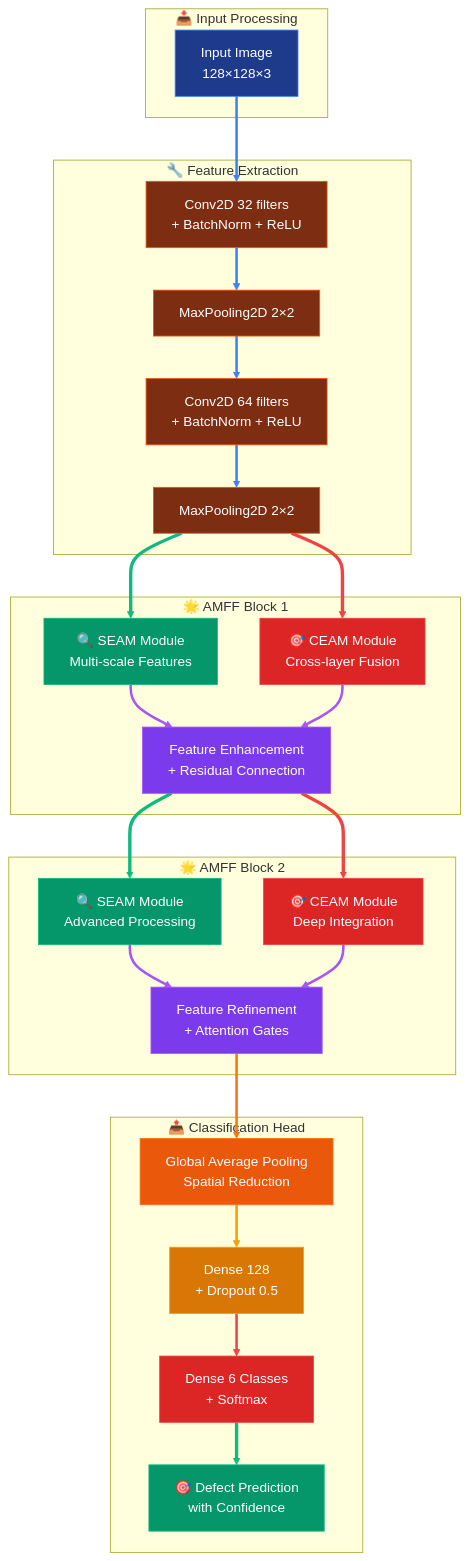
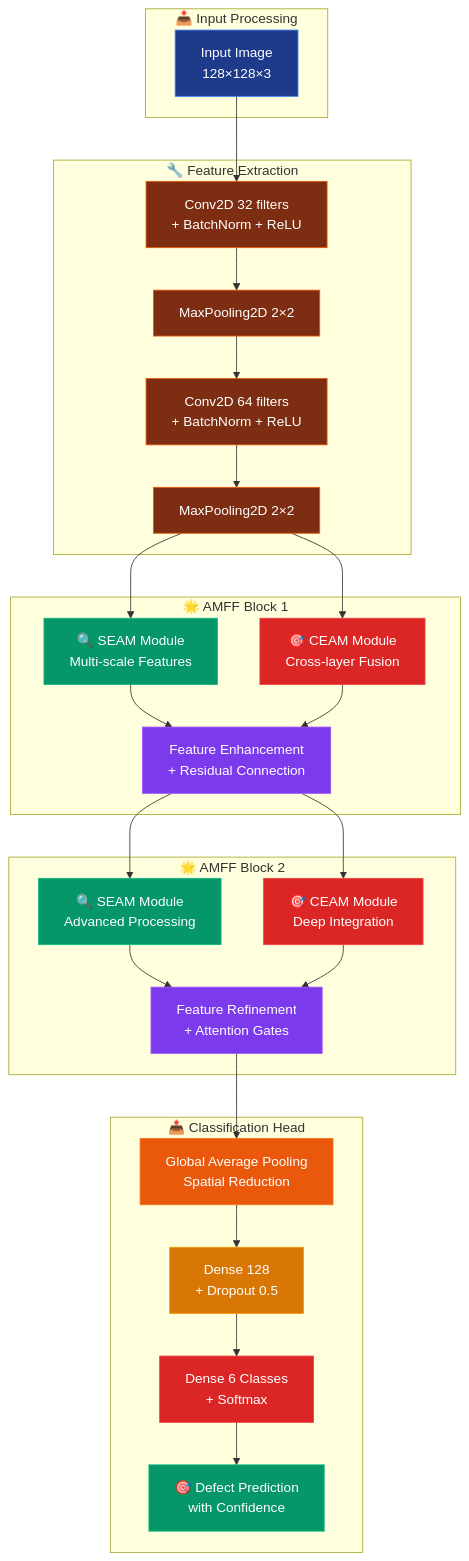
Before and after one commit to RiteshKumar2e/Steel_Surface_Defect_NEU_DET-DATASET: the fourth of 7 diagrams in README.md, drawn with Mermaid. The commit also changed other lines of this file, not shown here.

````diff
--- a/README.md
+++ b/README.md
@@ -387,82 +385,64 @@
 ```mermaid
 flowchart TB
     subgraph "📥 Input Processing"
         A[Input Image<br/>128×128×3]
         style A fill:#1e3a8a,stroke:#3b82f6,color:#ffffff
     end
     
     subgraph "🔧 Feature Extraction"
         B[Conv2D 32 filters<br/>+ BatchNorm + ReLU]
         C[MaxPooling2D 2×2]
         D[Conv2D 64 filters<br/>+ BatchNorm + ReLU] 
         E[MaxPooling2D 2×2]
         style B fill:#7c2d12,stroke:#ea580c,color:#ffffff
         style C fill:#7c2d12,stroke:#ea580c,color:#ffffff
         style D fill:#7c2d12,stroke:#ea580c,color:#ffffff
         style E fill:#7c2d12,stroke:#ea580c,color:#ffffff
     end
     
     subgraph "🌟 AMFF Block 1"
         F[🔍 SEAM Module<br/>Multi-scale Features]
         G[🎯 CEAM Module<br/>Cross-layer Fusion]
         H[Feature Enhancement<br/>+ Residual Connection]
         style F fill:#059669,stroke:#10b981,color:#ffffff
         style G fill:#dc2626,stroke:#ef4444,color:#ffffff
         style H fill:#7c3aed,stroke:#a855f7,color:#ffffff
     end
     
     subgraph "🌟 AMFF Block 2" 
         I[🔍 SEAM Module<br/>Advanced Processing]
         J[🎯 CEAM Module<br/>Deep Integration]
         K[Feature Refinement<br/>+ Attention Gates]
         style I fill:#059669,stroke:#10b981,color:#ffffff
         style J fill:#dc2626,stroke:#ef4444,color:#ffffff
         style K fill:#7c3aed,stroke:#a855f7,color:#ffffff
     end
     
     subgraph "📤 Classification Head"
         L[Global Average Pooling<br/>Spatial Reduction]
         M[Dense 128<br/>+ Dropout 0.5]
         N[Dense 6 Classes<br/>+ Softmax]
         O[🎯 Defect Prediction<br/>with Confidence]
         style L fill:#ea580c,stroke:#f97316,color:#ffffff
         style M fill:#d97706,stroke:#f59e0b,color:#ffffff
         style N fill:#dc2626,stroke:#ef4444,color:#ffffff
         style O fill:#059669,stroke:#10b981,color:#ffffff
     end
     
     A --> B
     B --> C
     C --> D
     D --> E
     E --> F
     E --> G
     F --> H
     G --> H
     H --> I
     H --> J
     I --> K
     J --> K
     K --> L
     L --> M
     M --> N
     N --> O
-    
-    %% Add some styling for connections
-    linkStyle 0 stroke:#3b82f6,stroke-width:3px
-    linkStyle 1 stroke:#3b82f6,stroke-width:3px
-    linkStyle 2 stroke:#3b82f6,stroke-width:3px
-    linkStyle 3 stroke:#3b82f6,stroke-width:3px
-    linkStyle 4 stroke:#10b981,stroke-width:4px
-    linkStyle 5 stroke:#ef4444,stroke-width:4px
-    linkStyle 6 stroke:#a855f7,stroke-width:3px
-    linkStyle 7 stroke:#a855f7,stroke-width:3px
-    linkStyle 8 stroke:#10b981,stroke-width:4px
-    linkStyle 9 stroke:#ef4444,stroke-width:4px
-    linkStyle 10 stroke:#a855f7,stroke-width:3px
-    linkStyle 11 stroke:#a855f7,stroke-width:3px
-    linkStyle 12 stroke:#f97316,stroke-width:3px
-    linkStyle 13 stroke:#f59e0b,stroke-width:3px
-    linkStyle 14 stroke:#ef4444,stroke-width:3px
-    linkStyle 15 stroke:#10b981,stroke-width:4px
 ```
````
